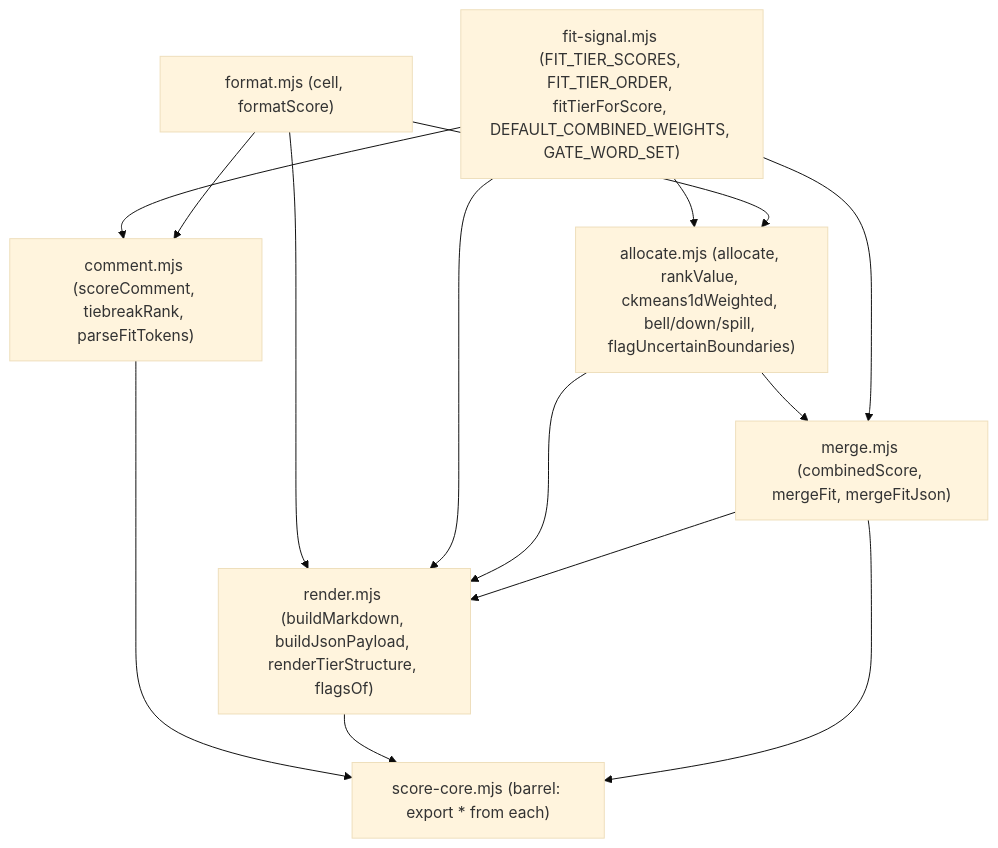
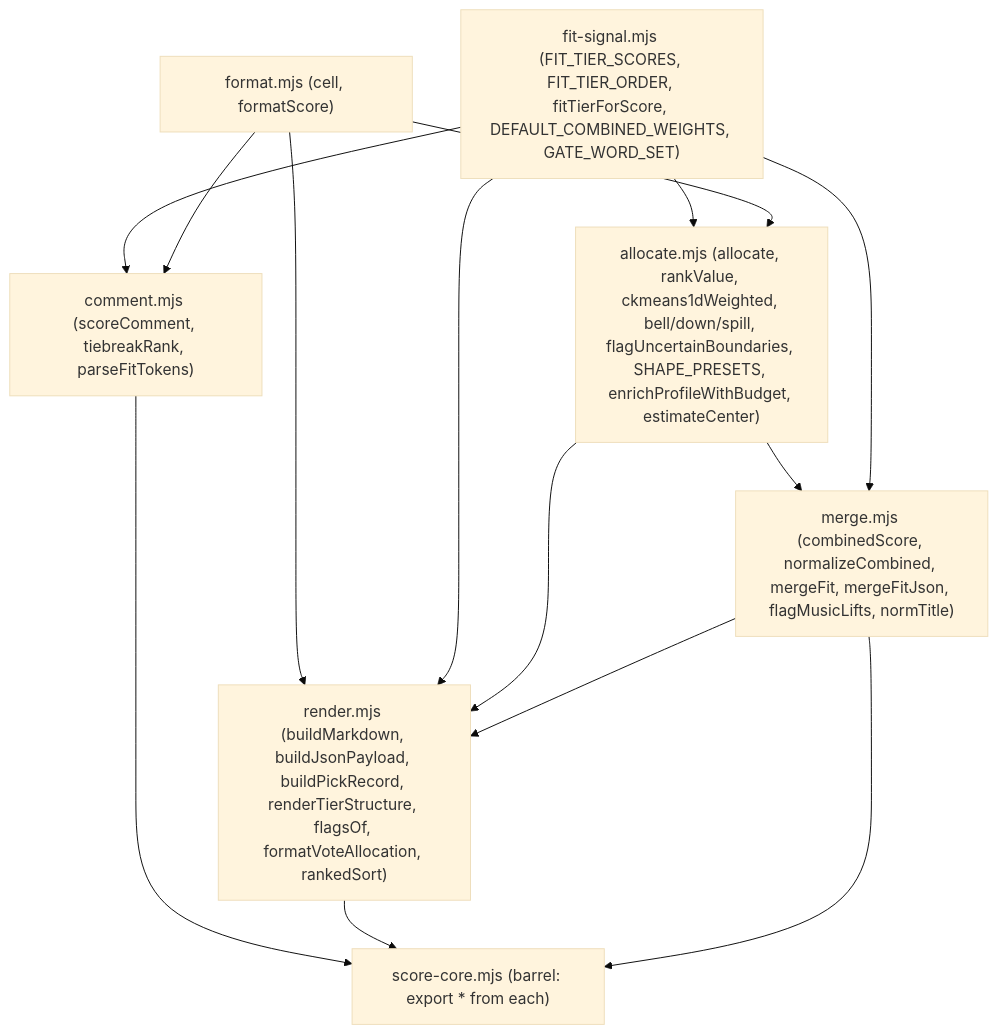
The diagram in .cursor/plans/split-score-core-into-modules.plan.md (bbailey27/music-league-voting-assistant), drawn with Mermaid (base theme) before and after one commit. The commit also changed other lines of this file and 14 other files, not shown here.

````diff
--- a/.cursor/plans/split-score-core-into-modules.plan.md
+++ b/.cursor/plans/split-score-core-into-modules.plan.md
@@ -20,24 +21,24 @@
 ```mermaid
 graph TD
   format["format.mjs (cell, formatScore)"]
   fit["fit-signal.mjs (FIT_TIER_SCORES, FIT_TIER_ORDER, fitTierForScore, DEFAULT_COMBINED_WEIGHTS, GATE_WORD_SET)"]
   comment["comment.mjs (scoreComment, tiebreakRank, parseFitTokens)"]
-  allocate["allocate.mjs (allocate, rankValue, ckmeans1dWeighted, bell/down/spill, flagUncertainBoundaries)"]
-  merge["merge.mjs (combinedScore, mergeFit, mergeFitJson)"]
-  render["render.mjs (buildMarkdown, buildJsonPayload, renderTierStructure, flagsOf)"]
+  allocate["allocate.mjs (allocate, rankValue, ckmeans1dWeighted, bell/down/spill, flagUncertainBoundaries, SHAPE_PRESETS, enrichProfileWithBudget, estimateCenter)"]
+  merge["merge.mjs (combinedScore, normalizeCombined, mergeFit, mergeFitJson, flagMusicLifts, normTitle)"]
+  render["render.mjs (buildMarkdown, buildJsonPayload, buildPickRecord, renderTierStructure, flagsOf, formatVoteAllocation, rankedSort)"]
   barrel["score-core.mjs (barrel: export * from each)"]
 
   fit --> comment
   format --> comment
   fit --> allocate
   format --> allocate
   allocate --> merge
   fit --> merge
   format --> render
   fit --> render
   allocate --> render
   merge --> render
   comment --> barrel
   render --> barrel
   merge --> barrel
 ```
````
